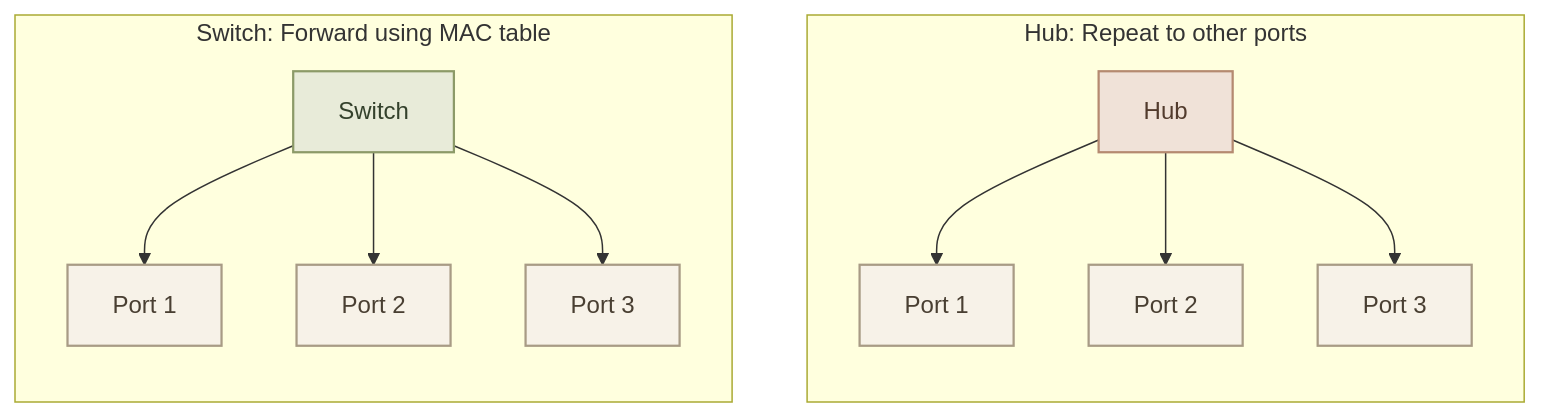
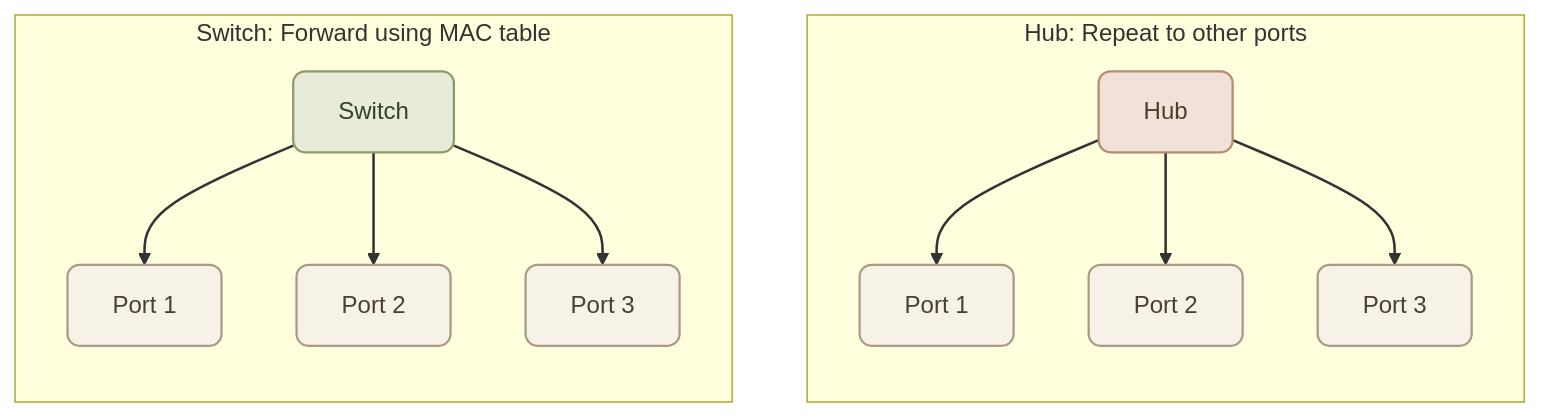
One commit to mustafammasoud/ops-handbook changed the fourth of 5 diagrams in content/networking/network-devices.mdx. Above: the diagram before and after it, drawn with Mermaid. The commit also changed other lines of this file and 7 other files, not shown here.

````diff
--- a/content/networking/network-devices.mdx
+++ b/content/networking/network-devices.mdx
@@ -150,26 +153,27 @@
 ```mermaid
 flowchart TD
     subgraph HUB["Hub: Repeat to other ports"]
         direction TB
         H["Hub"]
         H --> H1["Port 1"]
         H --> H2["Port 2"]
         H --> H3["Port 3"]
     end
 
     subgraph SWITCH["Switch: Forward using MAC table"]
         direction TB
         S["Switch"]
         S --> S1["Port 1"]
         S --> S2["Port 2"]
         S --> S3["Port 3"]
     end
 
-    classDef hub fill:#F0E2D8,stroke:#B58A70,color:#523B2D,stroke-width:1.5px
-    classDef switch fill:#E8EBD9,stroke:#8C9A68,color:#34412C,stroke-width:1.5px
-    classDef port fill:#F7F2E8,stroke:#A89B85,color:#493F32,stroke-width:1.5px
+    classDef hub fill:#F0E2D8,stroke:#B58A70,color:#523B2D,stroke-width:1.5px,rx:8,ry:8
+    classDef switch fill:#E8EBD9,stroke:#8C9A68,color:#34412C,stroke-width:1.5px,rx:8,ry:8
+    classDef port fill:#F7F2E8,stroke:#A89B85,color:#493F32,stroke-width:1.5px,rx:8,ry:8
 
     class H hub
     class S switch
     class H1,H2,H3,S1,S2,S3 port
+    linkStyle default stroke-width:1.7px
 ```
````
